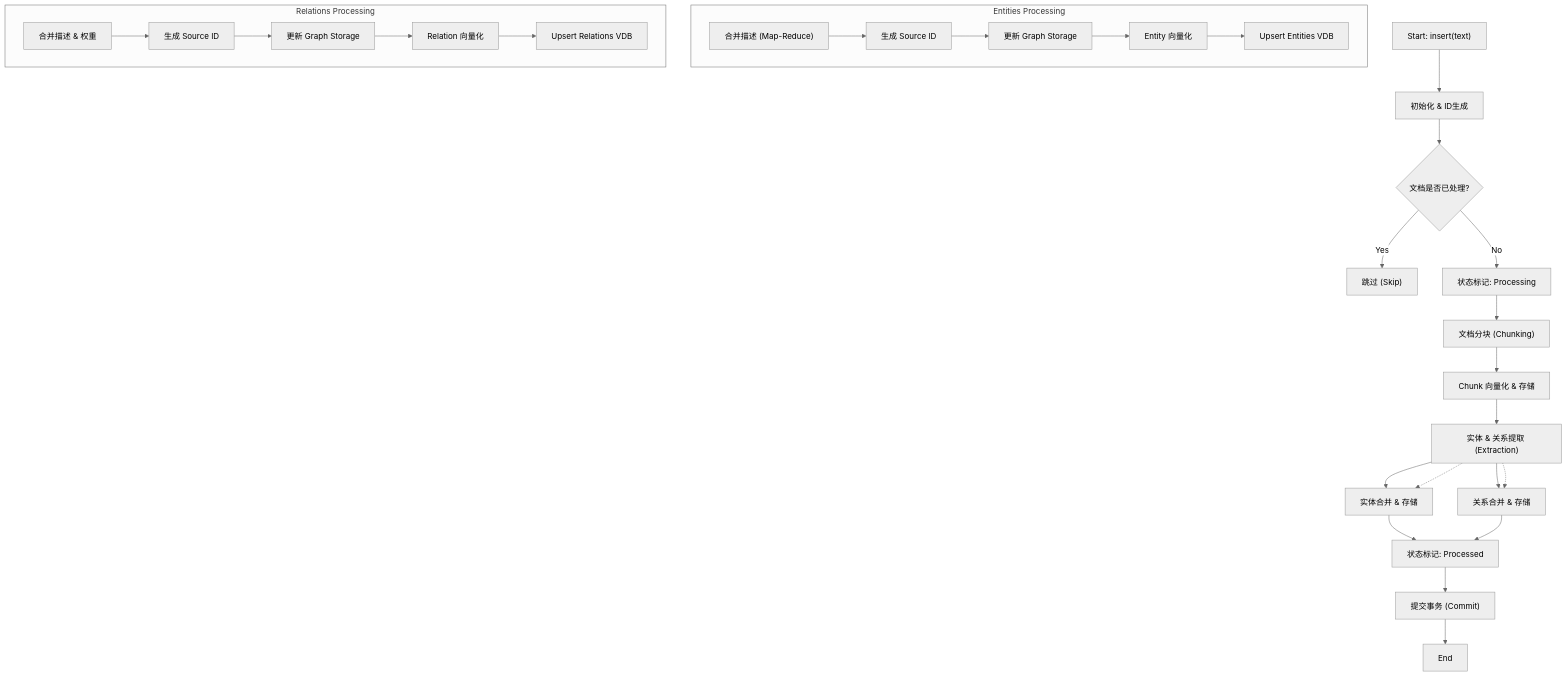
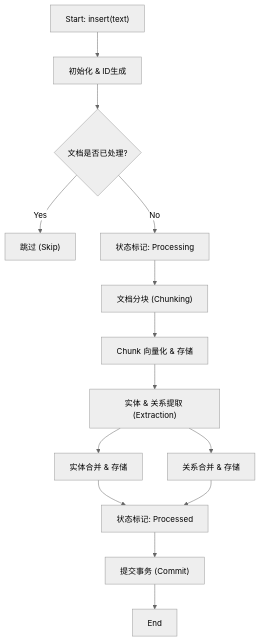
The first of 3 diagrams in lightrag-ts/docs/flow/01_initial_data_ingestion.md (jeremygu000/LightRAG-ts), drawn with Mermaid (neutral theme) before and after one commit. The commit also changed other lines of this file, not shown here.

Commit message:
docs: Update initial data ingestion flow documentation.

````diff
--- a/lightrag-ts/docs/flow/01_initial_data_ingestion.md
+++ b/lightrag-ts/docs/flow/01_initial_data_ingestion.md
@@ -7,33 +9,18 @@
 ```mermaid
 graph TD
     A["Start: insert(text)"] --> B["初始化 & ID生成"]
     B --> C{文档是否已处理?}
     C -- Yes --> D["跳过 (Skip)"]
     C -- No --> E["状态标记: Processing"]
     E --> F["文档分块 (Chunking)"]
     F --> G["Chunk 向量化 & 存储"]
     G --> H["实体 & 关系提取 (Extraction)"]
+
     H --> I["实体合并 & 存储"]
     H --> J["关系合并 & 存储"]
+
     I --> K["状态标记: Processed"]
     J --> K
     K --> L["提交事务 (Commit)"]
     L --> M[End]
-
-    subgraph "Entities Processing"
-    I1["合并描述 (Map-Reduce)"] --> I2["生成 Source ID"]
-    I2 --> I3["更新 Graph Storage"]
-    I3 --> I4["Entity 向量化"]
-    I4 --> I5["Upsert Entities VDB"]
-    end
-
-    subgraph "Relations Processing"
-    J1["合并描述 & 权重"] --> J2["生成 Source ID"]
-    J2 --> J3["更新 Graph Storage"]
-    J3 --> J4["Relation 向量化"]
-    J4 --> J5["Upsert Relations VDB"]
-    end
-
-    H -.-> I
-    H -.-> J
 ```
````
